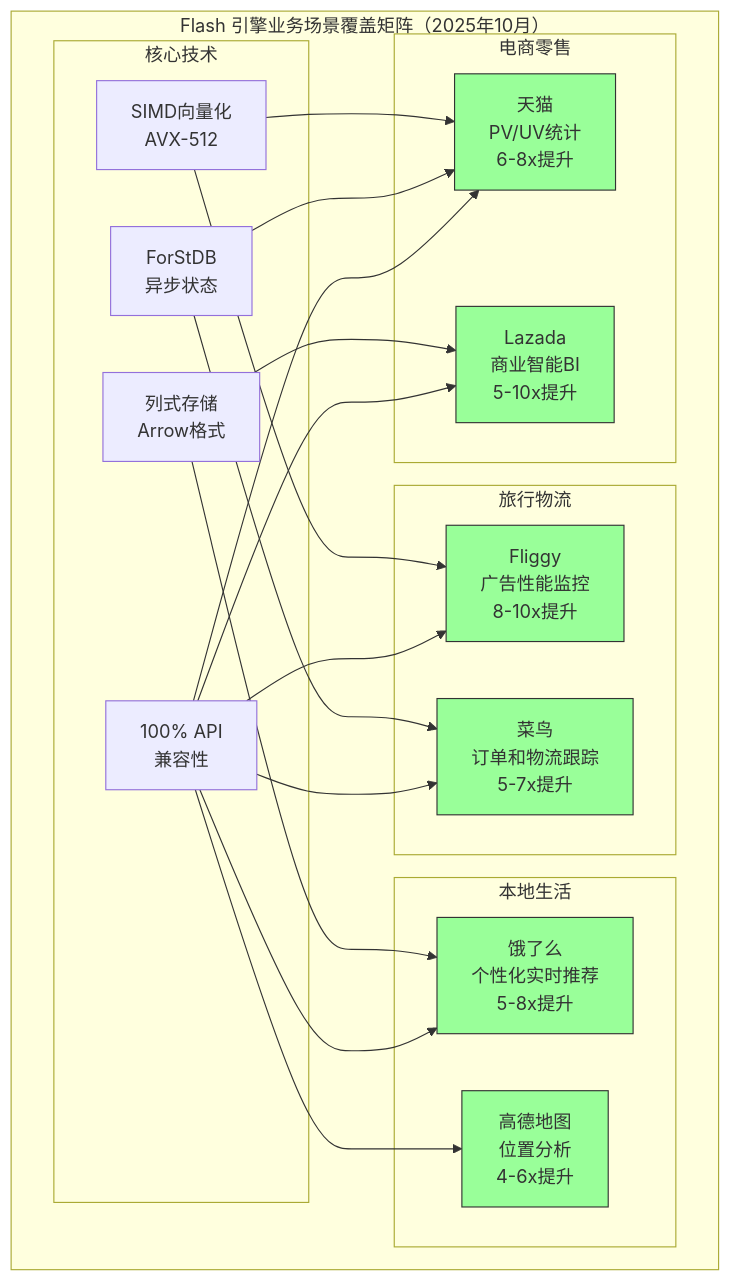
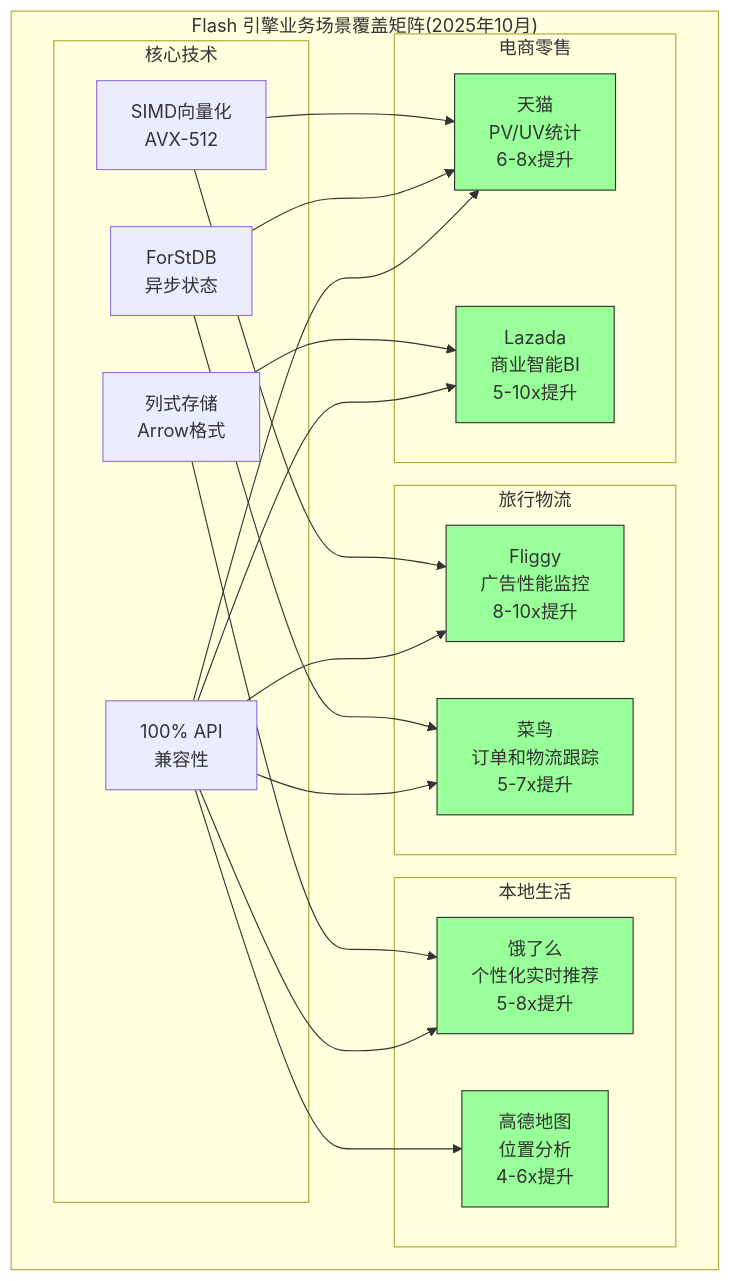
Before and after one commit to AdaMartin18010/AnalysisDataFlow: the eighth of 8 diagrams in Flink/07-rust-native/flash-engine/06-production-deployment-2025.md, drawn with Mermaid. The commit also changed other lines of this file and 634 other files, not shown here.

````diff
--- a/Flink/07-rust-native/flash-engine/06-production-deployment-2025.md
+++ b/Flink/07-rust-native/flash-engine/06-production-deployment-2025.md
@@ -855,47 +855,47 @@
 ```mermaid
 graph TB
-    subgraph "Flash 引擎业务场景覆盖矩阵（2025年10月）"
+    subgraph "Flash 引擎业务场景覆盖矩阵(2025年10月)"
 
         subgraph "电商零售"
             TM[天猫<br/>PV/UV统计<br/>6-8x提升]
             LA[Lazada<br/>商业智能BI<br/>5-10x提升]
         end
 
         subgraph "本地生活"
             EL[饿了么<br/>个性化实时推荐<br/>5-8x提升]
             AM[高德地图<br/>位置分析<br/>4-6x提升]
         end
 
         subgraph "旅行物流"
             FL[Fliggy<br/>广告性能监控<br/>8-10x提升]
             CN[菜鸟<br/>订单和物流跟踪<br/>5-7x提升]
         end
 
         subgraph "核心技术"
             SIM[SIMD向量化<br/>AVX-512]
             COL[列式存储<br/>Arrow格式]
             FOR[ForStDB<br/>异步状态]
             API[100% API<br/>兼容性]
         end
 
         SIM --> TM
         SIM --> FL
         COL --> LA
         COL --> EL
         FOR --> CN
         FOR --> TM
         API --> TM
         API --> LA
         API --> EL
         API --> FL
         API --> CN
         API --> AM
     end
 
     style TM fill:#9f9,stroke:#333
     style FL fill:#9f9,stroke:#333
     style EL fill:#9f9,stroke:#333
     style LA fill:#9f9,stroke:#333
     style CN fill:#9f9,stroke:#333
     style AM fill:#9f9,stroke:#333
 ```
````
